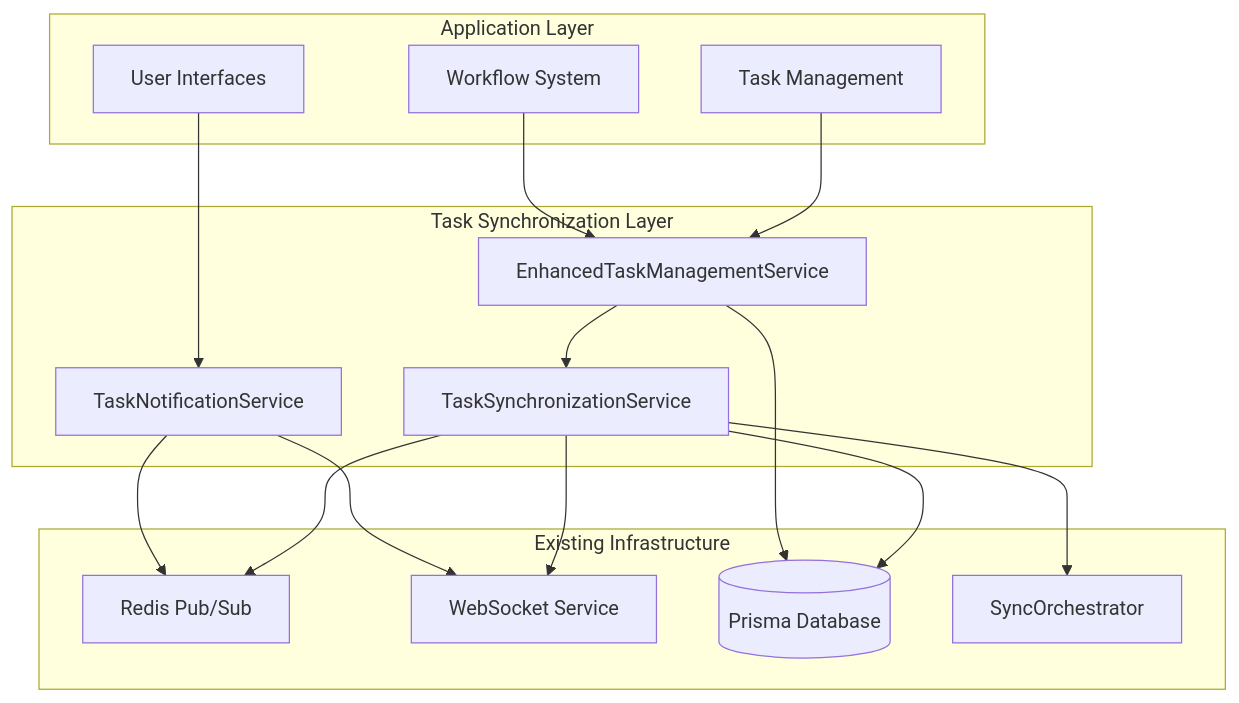
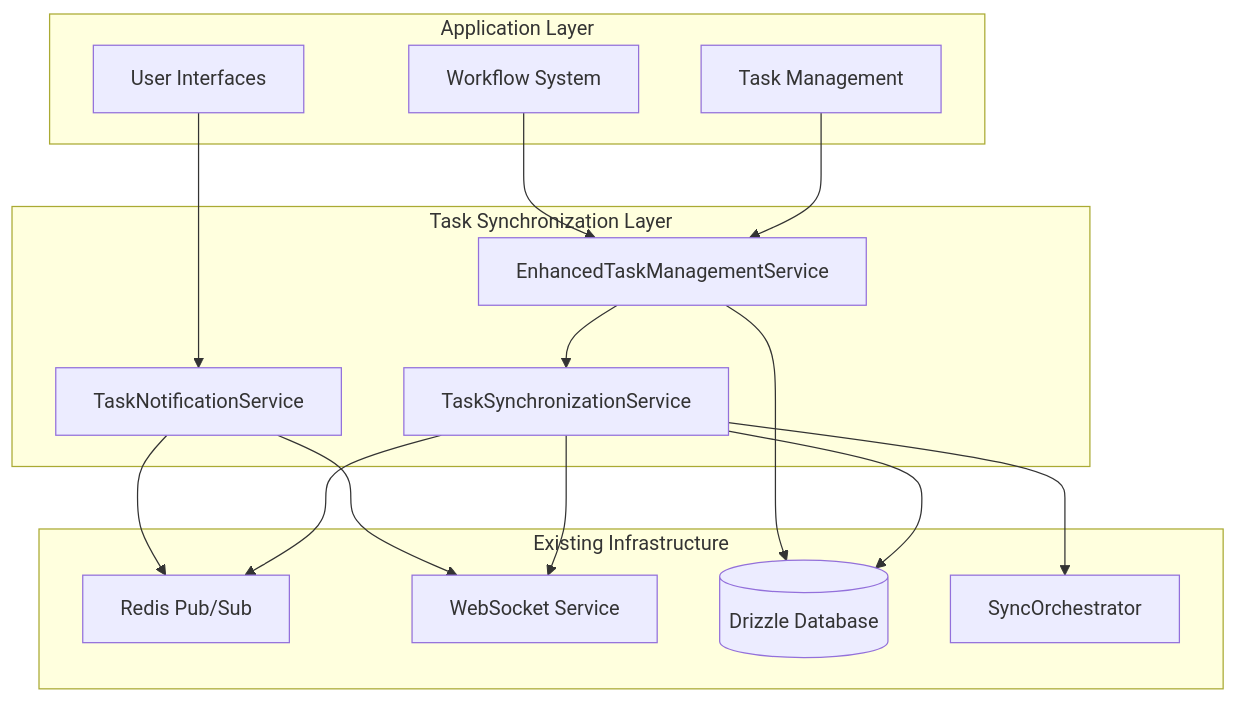
One commit to whodaniel/The-New-Fuse changed the diagram in packages/sync-core/docs/TaskSynchronization.md. Above: the diagram before and after it, drawn with Mermaid. The commit also changed other lines of this file and 4436 other files, not shown here.

Commit message:
feat: implement neon flow philosophy, migrate edge-worker code, and fix type errors

````diff
--- a/packages/sync-core/docs/TaskSynchronization.md
+++ b/packages/sync-core/docs/TaskSynchronization.md
@@ -41,36 +49,36 @@
 ```mermaid
 graph TB
     subgraph "Task Synchronization Layer"
         TSS[TaskSynchronizationService]
         ETMS[EnhancedTaskManagementService]
         TNS[TaskNotificationService]
     end
-    
+
     subgraph "Existing Infrastructure"
         Redis[Redis Pub/Sub]
         WS[WebSocket Service]
-        DB[(Prisma Database)]
+        DB[(Drizzle Database)]
         SO[SyncOrchestrator]
     end
-    
+
     subgraph "Application Layer"
         Tasks[Task Management]
         Workflows[Workflow System]
         UI[User Interfaces]
     end
-    
+
     TSS --> Redis
     TSS --> WS
     TSS --> DB
     TSS --> SO
-    
+
     ETMS --> TSS
     ETMS --> DB
-    
+
     TNS --> WS
     TNS --> Redis
-    
+
     Tasks --> ETMS
     Workflows --> ETMS
     UI --> TNS
 ```
````
